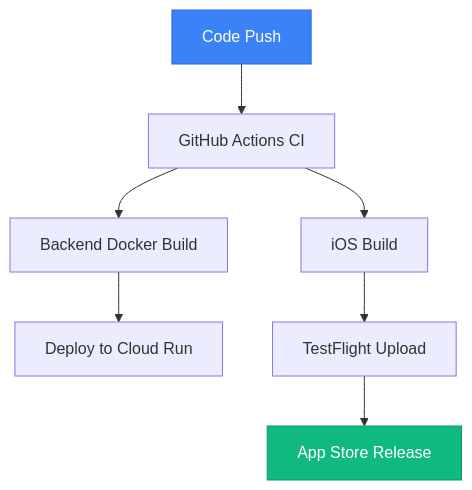
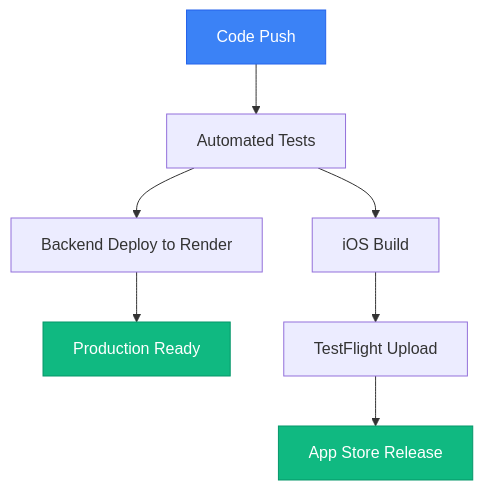
One commit to sankalpsthakur/astronova changed diagram 19 of 20 in README.md. Above: the diagram before and after it, drawn with Mermaid. The commit also changed other lines of this file and 5 other files, not shown here.

First line of the commit message:
Add production deployment configuration for Render

````diff
--- a/README.md
+++ b/README.md
@@ -947,11 +946,12 @@
 ```mermaid
 graph TD
-    A[Code Push] --> B[GitHub Actions CI]
-    B --> C[Backend Docker Build]
-    C --> D[Deploy to Cloud Run]
+    A[Code Push] --> B[Automated Tests]
+    B --> C[Backend Deploy to Render]
+    C --> D[Production Ready]
     B --> E[iOS Build]
     E --> F[TestFlight Upload]
     F --> G[App Store Release]
     style A fill:#3b82f6,stroke:#2563eb,color:#fff
+    style D fill:#10b981,stroke:#059669,color:#fff
     style G fill:#10b981,stroke:#059669,color:#fff
 ```
````
